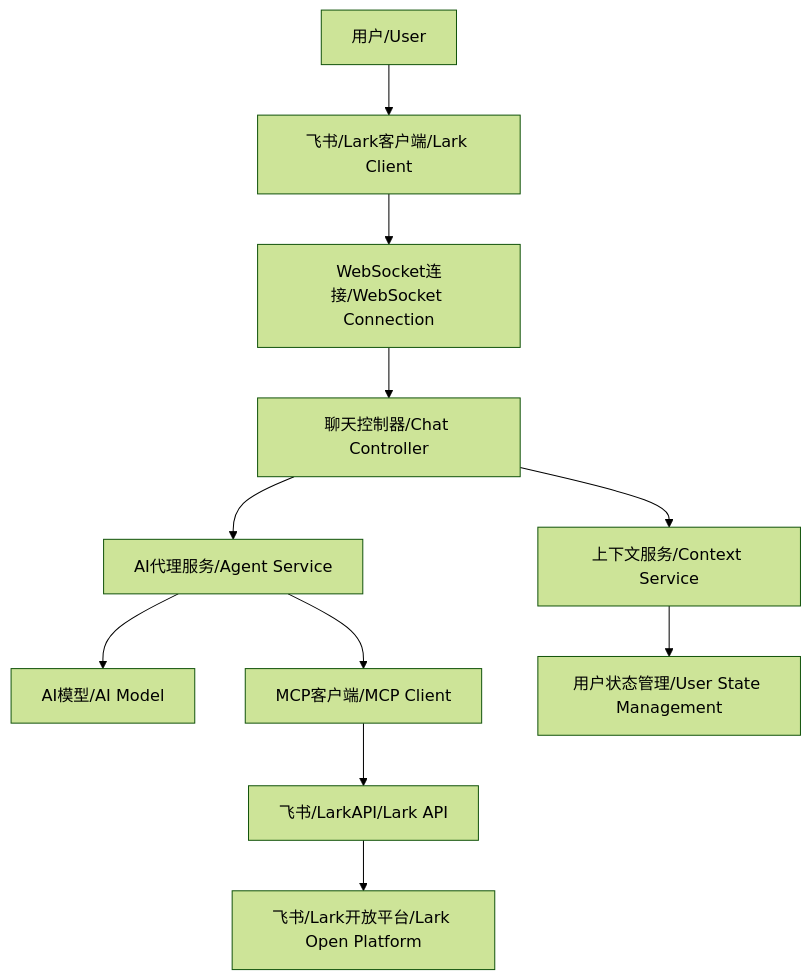
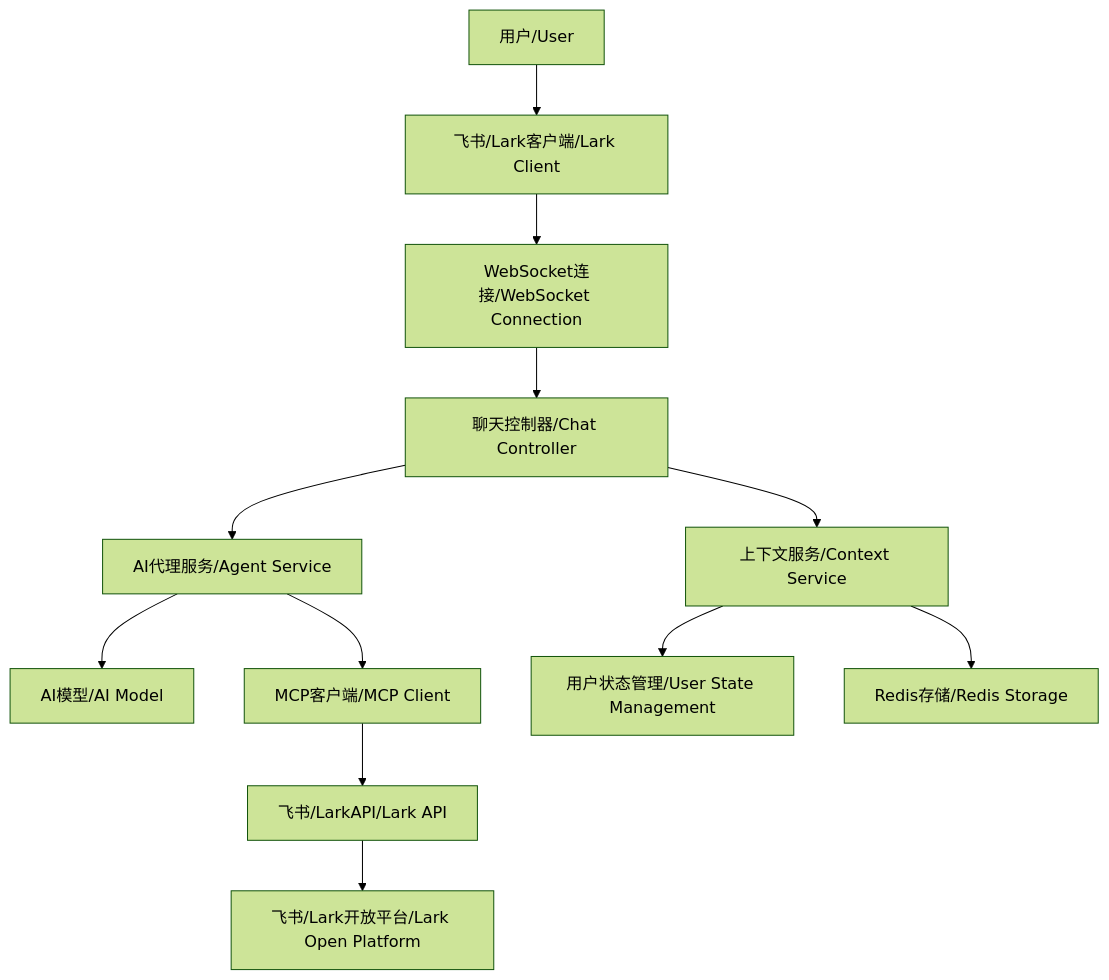
One commit to moonrailgun/feishu-agent-bot changed the diagram in README.md. Above: the diagram before and after it, drawn with Mermaid (forest theme). The commit also changed other lines of this file and 12 other files, not shown here.

````diff
--- a/README.md
+++ b/README.md
@@ -40,13 +41,14 @@
 ```mermaid
 graph TB
     A[用户/User] --> B[飞书/Lark客户端/Lark Client]
     B --> C[WebSocket连接/WebSocket Connection]
     C --> D[聊天控制器/Chat Controller]
     D --> E[上下文服务/Context Service]
     D --> F[AI代理服务/Agent Service]
     F --> G[AI模型/AI Model]
     F --> H[MCP客户端/MCP Client]
     H --> I[飞书/LarkAPI/Lark API]
     E --> J[用户状态管理/User State Management]
-    I --> K[飞书/Lark开放平台/Lark Open Platform]
+    E --> K[Redis存储/Redis Storage]
+    I --> L[飞书/Lark开放平台/Lark Open Platform]
 ```
````
